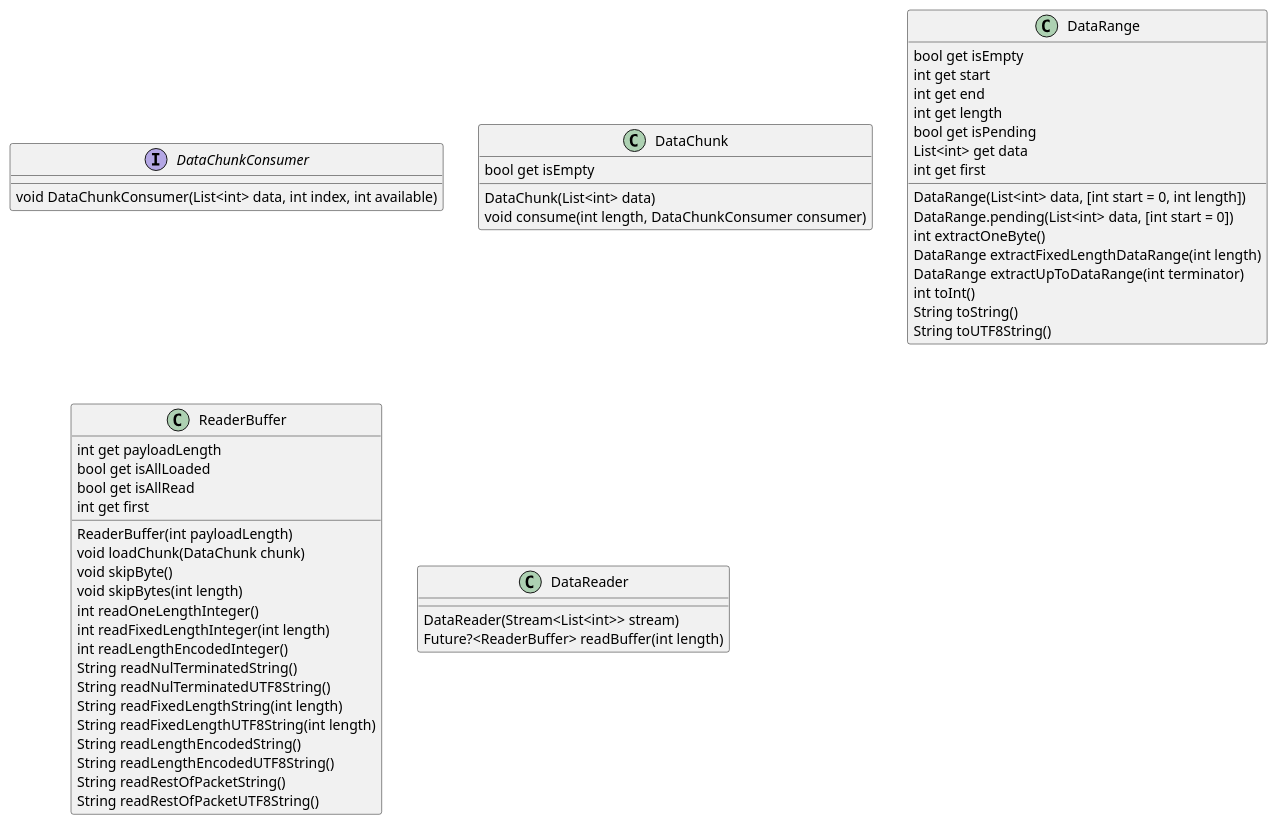
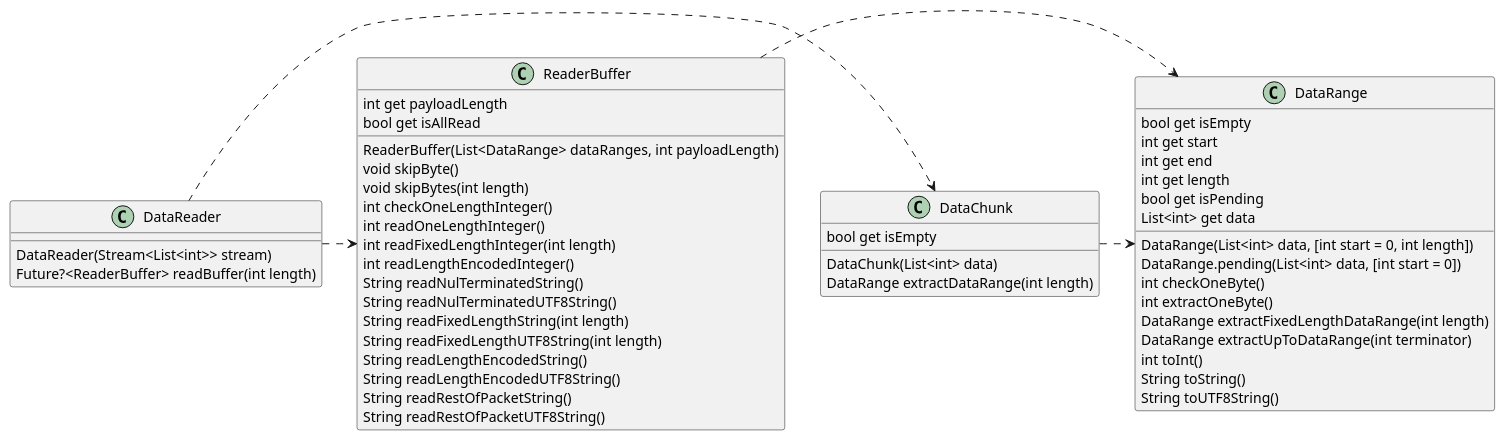
Before and after one commit to Silentdoer/mysql5_client: the diagram in uml/class.puml, drawn with PlantUML. The commit also changed 5 other files, not shown here.

```diff
--- a/uml/class.puml
+++ b/uml/class.puml
@@ -1,58 +1,57 @@
 @startuml
-
-interface DataChunkConsumer {
-    void DataChunkConsumer(List<int> data, int index, int available)
-}
 
 class DataChunk {
     bool get isEmpty
     DataChunk(List<int> data)
-    void consume(int length, DataChunkConsumer consumer)
+    DataRange extractDataRange(int length)
 }
 
 class DataRange {
     bool get isEmpty
     int get start
     int get end
     int get length
     bool get isPending
     List<int> get data
-    int get first
     DataRange(List<int> data, [int start = 0, int length])
     DataRange.pending(List<int> data, [int start = 0])
+    int checkOneByte()
     int extractOneByte()
     DataRange extractFixedLengthDataRange(int length)
     DataRange extractUpToDataRange(int terminator)
     int toInt()
     String toString()
     String toUTF8String()
 }
 
 class ReaderBuffer {
     int get payloadLength
-    bool get isAllLoaded
     bool get isAllRead
-    int get first
-    ReaderBuffer(int payloadLength)
-    void loadChunk(DataChunk chunk)
+    ReaderBuffer(List<DataRange> dataRanges, int payloadLength)
     void skipByte()
     void skipBytes(int length)
+    int checkOneLengthInteger()
     int readOneLengthInteger()
     int readFixedLengthInteger(int length)
     int readLengthEncodedInteger()
     String readNulTerminatedString()
     String readNulTerminatedUTF8String()
     String readFixedLengthString(int length)
     String readFixedLengthUTF8String(int length)
     String readLengthEncodedString()
     String readLengthEncodedUTF8String()
     String readRestOfPacketString()
     String readRestOfPacketUTF8String()
 }
 
 class DataReader {
     DataReader(Stream<List<int>> stream)
     Future?<ReaderBuffer> readBuffer(int length)
 }
 
+DataChunk .> DataRange
+ReaderBuffer .> DataRange
+DataReader .> DataChunk
+DataReader .> ReaderBuffer
+
 @enduml
```
